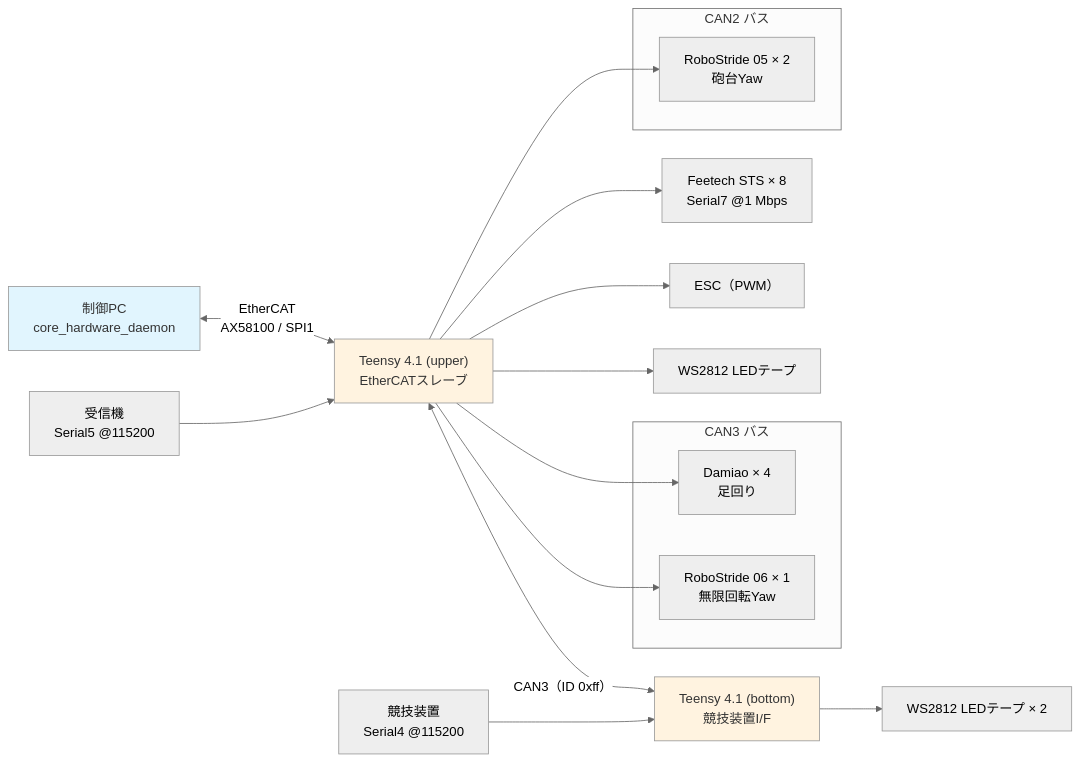
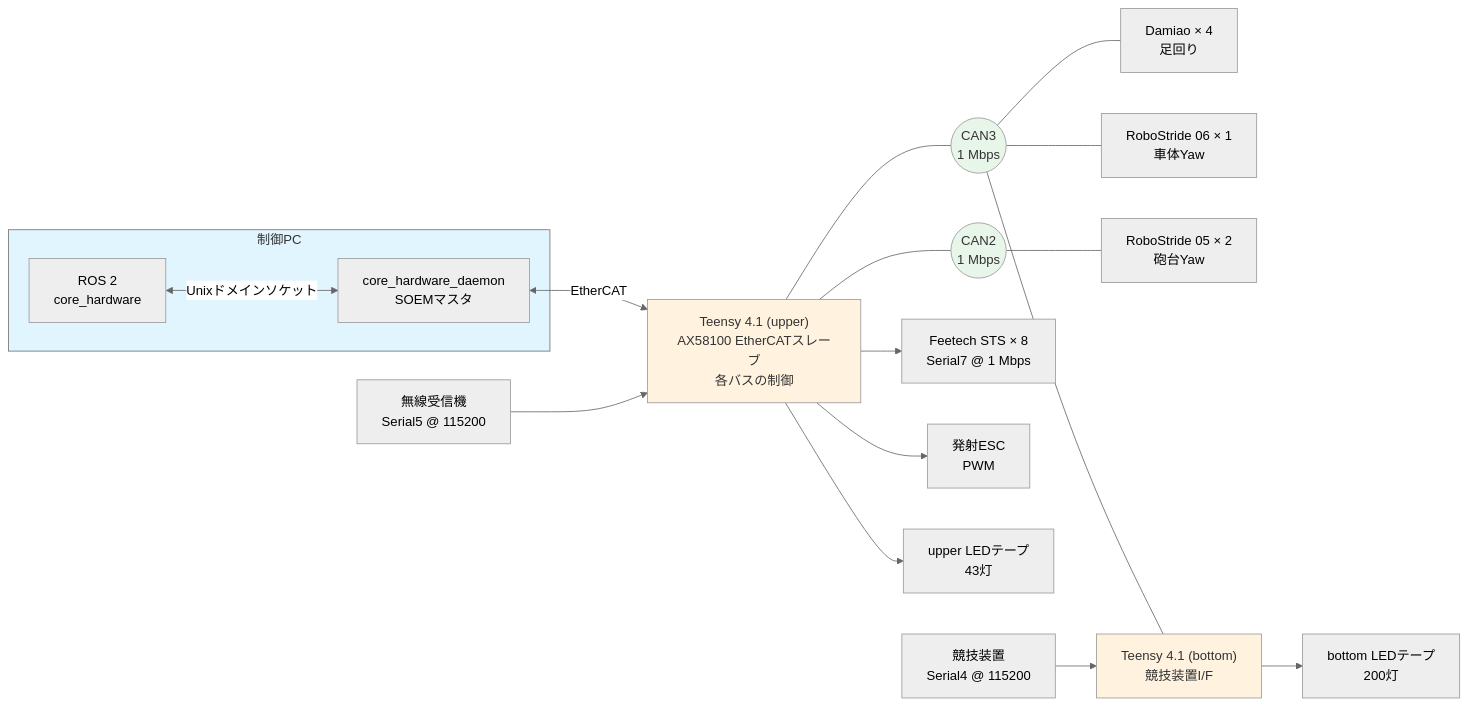
The diagram in docs/circuit/index.md (team-continue/core2026), drawn with Mermaid (neutral theme) before and after one commit. The commit also changed other lines of this file and 6 other files, not shown here.

````diff
--- a/docs/circuit/index.md
+++ b/docs/circuit/index.md
@@ -17,38 +18,42 @@
 ```mermaid
-graph LR
-    PC["制御PC<br/>core_hardware_daemon"]
-    Upper["Teensy 4.1 (upper)<br/>EtherCATスレーブ"]
-    Bottom["Teensy 4.1 (bottom)<br/>競技装置I/F"]
-
-    subgraph CAN3["CAN3 バス"]
-        Damiao["Damiao × 4<br/>足回り"]
-        RS06["RoboStride 06 × 1<br/>無限回転Yaw"]
+flowchart LR
+    subgraph Host["制御PC"]
+        ROS2["ROS 2<br/>core_hardware"]
+        Daemon["core_hardware_daemon<br/>SOEMマスタ"]
+        ROS2 <-->|"Unixドメインソケット"| Daemon
     end
 
-    subgraph CAN2["CAN2 バス"]
-        RS05["RoboStride 05 × 2<br/>砲台Yaw"]
-    end
+    Upper["Teensy 4.1 (upper)<br/>AX58100 EtherCATスレーブ<br/>各バスの制御"]
+    CAN3(("CAN3<br/>1 Mbps"))
+    CAN2(("CAN2<br/>1 Mbps"))
+    Damiao["Damiao × 4<br/>足回り"]
+    RS06["RoboStride 06 × 1<br/>車体Yaw"]
+    RS05["RoboStride 05 × 2<br/>砲台Yaw"]
+    Bottom["Teensy 4.1 (bottom)<br/>競技装置I/F"]
+    Feetech["Feetech STS × 8<br/>Serial7 @ 1 Mbps"]
+    ESC["発射ESC<br/>PWM"]
+    Wireless["無線受信機<br/>Serial5 @ 115200"]
+    LedUpper["upper LEDテープ<br/>43灯"]
+    LedBottom["bottom LEDテープ<br/>200灯"]
+    Field["競技装置<br/>Serial4 @ 115200"]
 
-    Feetech["Feetech STS × 8<br/>Serial7 @1 Mbps"]
-    ESC["ESC（PWM）"]
-    Wireless["受信機<br/>Serial5 @115200"]
-    LedUpper["WS2812 LEDテープ"]
-    LedBottom["WS2812 LEDテープ × 2"]
-    Field["競技装置<br/>Serial4 @115200"]
-
-    PC <-->|"EtherCAT<br/>AX58100 / SPI1"| Upper
-    Upper --> Damiao
-    Upper --> RS06
-    Upper --> RS05
+    Daemon <-->|"EtherCAT"| Upper
+    Upper --- CAN3
+    CAN3 --- Damiao
+    CAN3 --- RS06
+    CAN3 --- Bottom
+    Upper --- CAN2
+    CAN2 --- RS05
     Upper --> Feetech
     Upper --> ESC
     Wireless --> Upper
     Upper --> LedUpper
-    Upper <-->|"CAN3（ID 0xff）"| Bottom
+    Bottom --> LedBottom
     Field --> Bottom
-    Bottom --> LedBottom
 
-    style PC fill:#e1f5fe,color:#333
+    style Host fill:#e1f5fe,color:#333
     style Upper fill:#fff3e0,color:#333
     style Bottom fill:#fff3e0,color:#333
+    style CAN3 fill:#e8f5e9,color:#333
+    style CAN2 fill:#e8f5e9,color:#333
 ```
````
